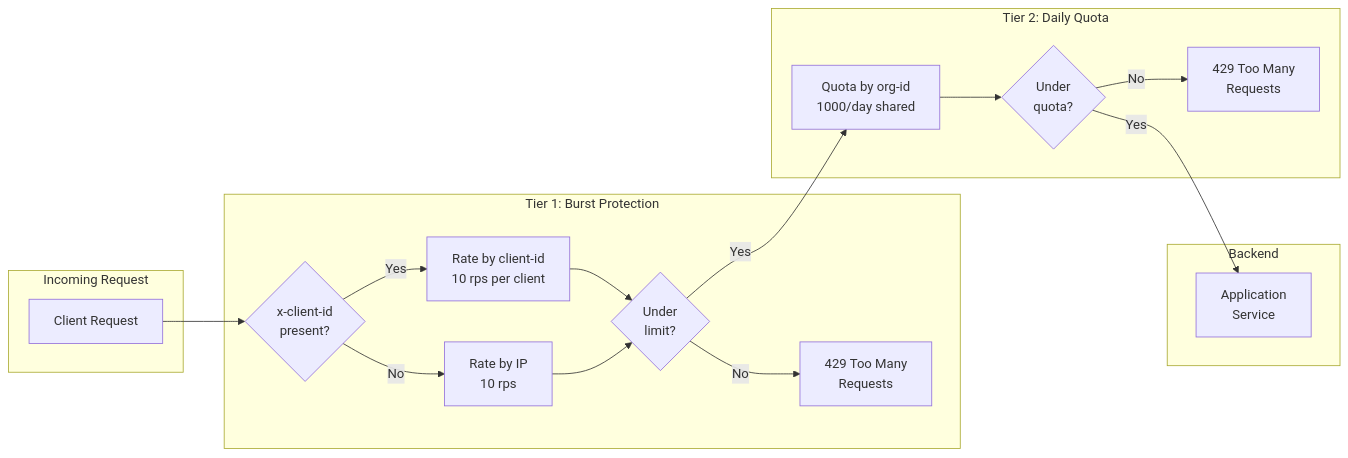
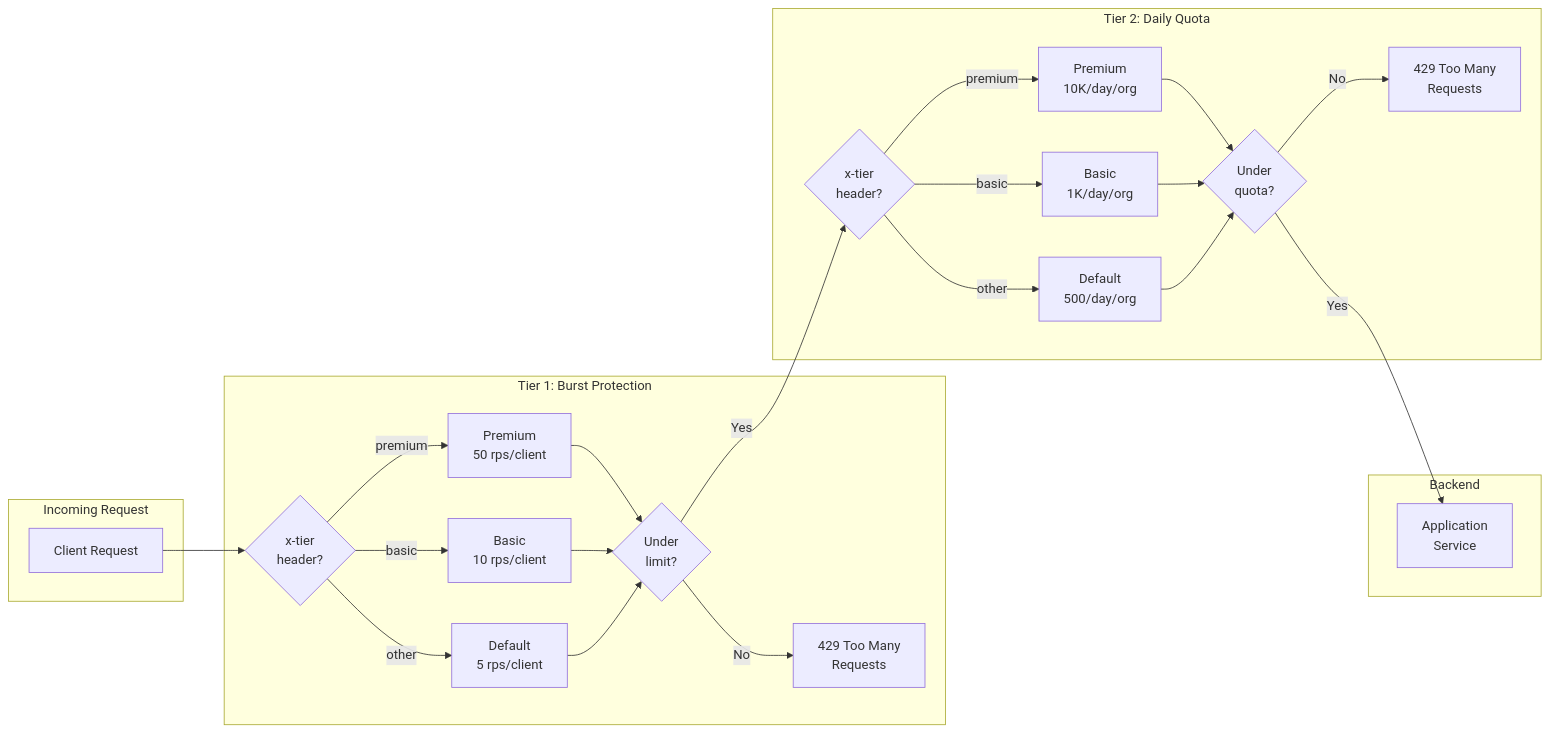
The third of 4 diagrams in requirements/demo-gateway-requirements.md (sam-bercovici/test-apisix), drawn with Mermaid before and after one commit. The commit also changed other lines of this file and 4 other files, not shown here.

````diff
--- a/requirements/demo-gateway-requirements.md
+++ b/requirements/demo-gateway-requirements.md
@@ -344,36 +360,47 @@
 ```mermaid
 flowchart LR
     subgraph Request["Incoming Request"]
         R[Client Request]
     end
 
     subgraph Tier1["Tier 1: Burst Protection"]
-        T1Check{x-client-id<br/>present?}
-        T1Client[Rate by client-id<br/>10 rps per client]
-        T1IP[Rate by IP<br/>10 rps]
+        T1Check{x-tier<br/>header?}
+        T1Premium[Premium<br/>50 rps/client]
+        T1Basic[Basic<br/>10 rps/client]
+        T1Default[Default<br/>5 rps/client]
         T1Pass{Under<br/>limit?}
         T1Block[429 Too Many<br/>Requests]
     end
 
     subgraph Tier2["Tier 2: Daily Quota"]
-        T2Org[Quota by org-id<br/>1000/day shared]
+        T2Check{x-tier<br/>header?}
+        T2Premium[Premium<br/>10K/day/org]
+        T2Basic[Basic<br/>1K/day/org]
+        T2Default[Default<br/>500/day/org]
         T2Pass{Under<br/>quota?}
         T2Block[429 Too Many<br/>Requests]
     end
 
     subgraph Backend["Backend"]
         BE[Application<br/>Service]
     end
 
     R --> T1Check
-    T1Check -->|Yes| T1Client
-    T1Check -->|No| T1IP
-    T1Client --> T1Pass
-    T1IP --> T1Pass
-    T1Pass -->|Yes| T2Org
+    T1Check -->|premium| T1Premium
+    T1Check -->|basic| T1Basic
+    T1Check -->|other| T1Default
+    T1Premium --> T1Pass
+    T1Basic --> T1Pass
+    T1Default --> T1Pass
+    T1Pass -->|Yes| T2Check
     T1Pass -->|No| T1Block
 
-    T2Org --> T2Pass
+    T2Check -->|premium| T2Premium
+    T2Check -->|basic| T2Basic
+    T2Check -->|other| T2Default
+    T2Premium --> T2Pass
+    T2Basic --> T2Pass
+    T2Default --> T2Pass
     T2Pass -->|Yes| BE
     T2Pass -->|No| T2Block
 ```
````
